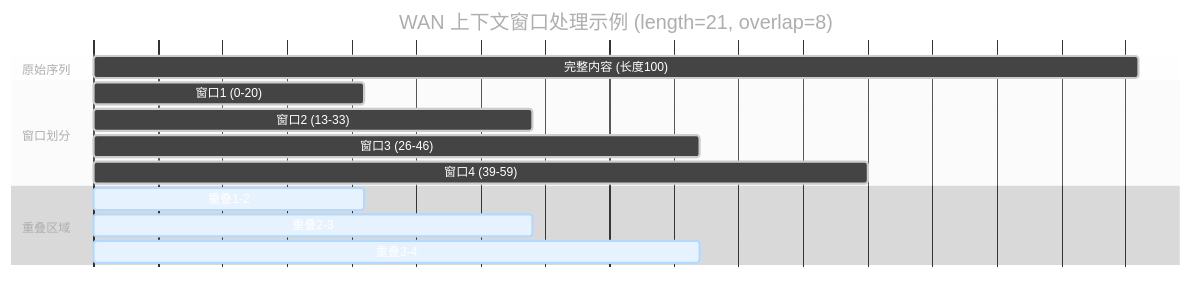
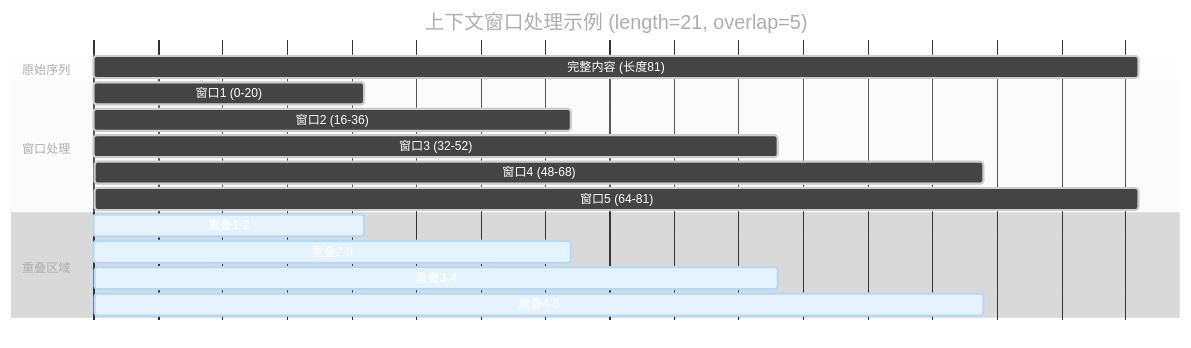
The first of 3 diagrams in zh-CN/built-in-nodes/WanContextWindowsManualNode.mdx (Comfy-Org/docs), drawn with Mermaid before and after one commit. The commit also changed other lines of this file and 3 other files, not shown here.

````diff
--- a/zh-CN/built-in-nodes/WanContextWindowsManualNode.mdx
+++ b/zh-CN/built-in-nodes/WanContextWindowsManualNode.mdx
@@ -11,21 +16,23 @@
 ```mermaid
 %%{init: {"theme": "base", "themeVariables": {"primaryColor": "#444444", "primaryTextColor": "#ffffff", "primaryBorderColor": "#cccccc", "lineColor": "transparent", "sectionBkgColor": "#f8f9fa", "altSectionBkgColor": "#e9ecef", "gridColor": "transparent", "section0": "#555555", "section1": "#777777", "section2": "#E6F3FF", "section3": "#bbbbbb", "activeTaskBkgColor": "#444444", "activeTaskBorderColor": "#cccccc", "cScale0": "#555555", "cScale1": "#777777", "cScale2": "#E6F3FF", "critBkgColor": "#E6F3FF", "critBorderColor": "#B3D9FF", "xyColor": "#333333", "axisTextColor": "#333333", "gridLineColor": "transparent"}}}%%
 gantt
-    title WAN 上下文窗口处理示例 (length=21, overlap=8)
+    title 上下文窗口处理示例 (length=21, overlap=5)
     dateFormat X
     axisFormat %s
     
     section 原始序列
-    完整内容 (长度100) : 0, 81
+    完整内容 (长度81) : 0, 81
     
-    section 窗口划分
-    窗口1 (0-20) : active, window1, 0, 21
-    窗口2 (13-33) : active, window2, 13, 34
-    窗口3 (26-46) : active, window3, 26, 47
-    窗口4 (39-59) : active, window4, 39, 60
+    section 窗口处理
+    窗口1 (0-20) : active, w1, 0, 21
+    窗口2 (16-36) : active, w2, 16, 37
+    窗口3 (32-52) : active, w3, 32, 53
+    窗口4 (48-68) : active, w4, 48, 69
+    窗口5 (64-81) : active, w5, 64, 81
     
     section 重叠区域
-    重叠1-2 : crit, overlap1, 13, 21
-    重叠2-3 : crit, overlap2, 26, 34
-    重叠3-4 : crit, overlap3, 39, 47
+    重叠1-2 : crit, o1, 16, 21
+    重叠2-3 : crit, o2, 32, 37
+    重叠3-4 : crit, o3, 48, 53
+    重叠4-5 : crit, o4, 64, 69
 ```
````
